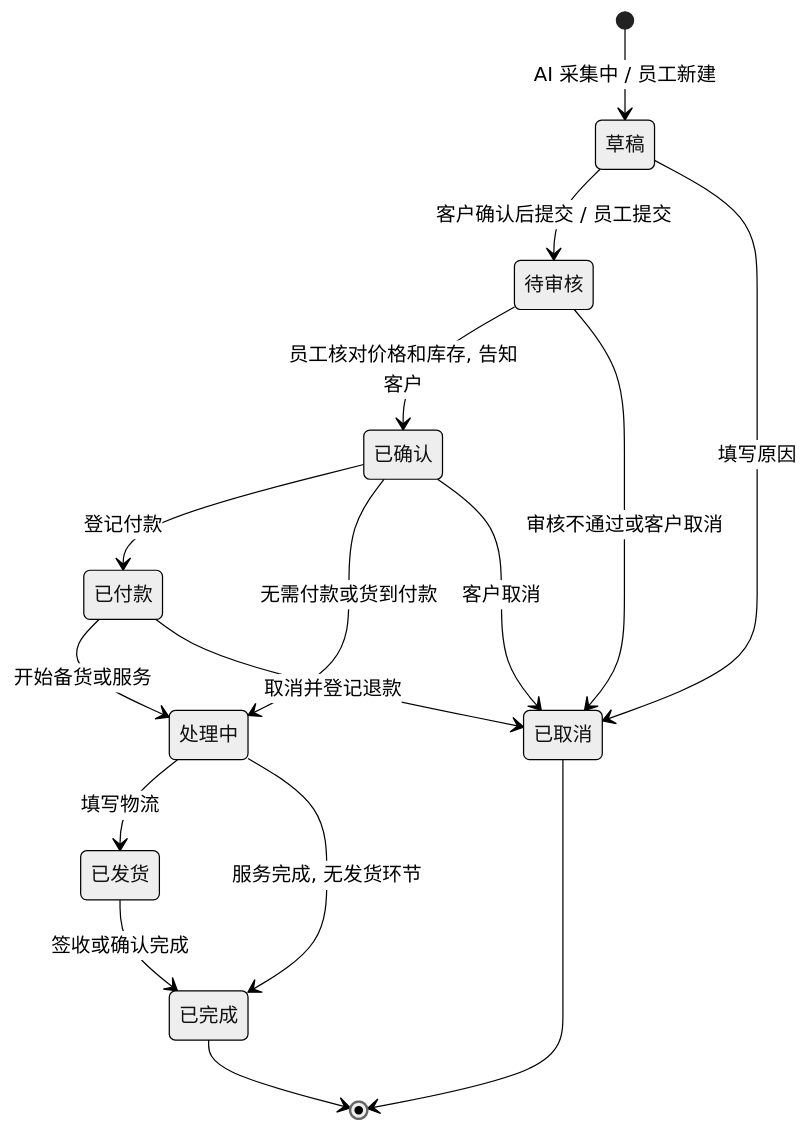
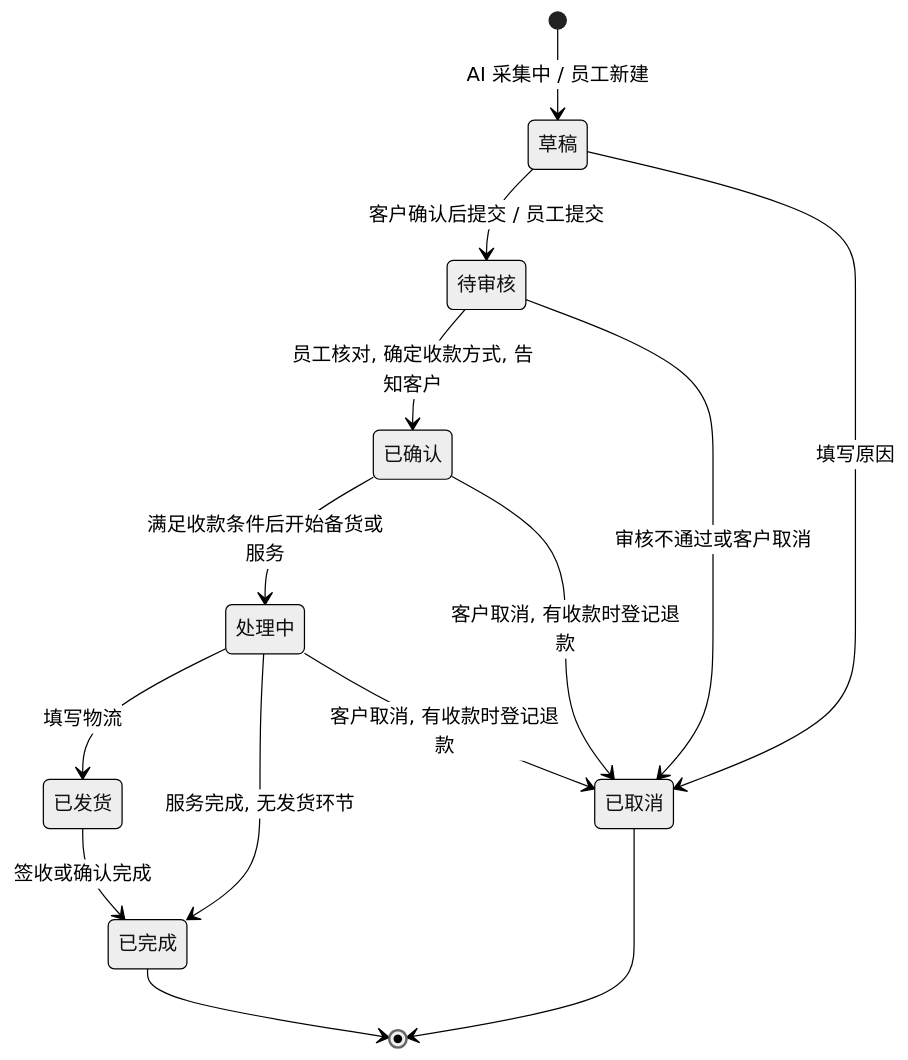
One commit to brianabc121/EnterpriseDigitalPlatform changed diagram 12 of 12 in docs/plans/2026-09-28-enterprise-digital-platform-design.md. Above: the diagram before and after it, drawn with Mermaid (neutral theme). The commit also changed other lines of this file, not shown here.

````diff
--- a/docs/plans/2026-09-28-enterprise-digital-platform-design.md
+++ b/docs/plans/2026-09-28-enterprise-digital-platform-design.md
@@ -1996,26 +2054,23 @@
 ```mermaid
 stateDiagram-v2
   state "草稿" as draft
   state "待审核" as pending_review
   state "已确认" as confirmed
-  state "已付款" as paid
   state "处理中" as fulfilling
   state "已发货" as shipped
   state "已完成" as completed
   state "已取消" as cancelled
   [*] --> draft: AI 采集中 / 员工新建
   draft --> pending_review: 客户确认后提交 / 员工提交
-  pending_review --> confirmed: 员工核对价格和库存, 告知客户
-  confirmed --> paid: 登记付款
-  confirmed --> fulfilling: 无需付款或货到付款
-  paid --> fulfilling: 开始备货或服务
+  pending_review --> confirmed: 员工核对, 确定收款方式, 告知客户
+  confirmed --> fulfilling: 满足收款条件后开始备货或服务
   fulfilling --> shipped: 填写物流
   shipped --> completed: 签收或确认完成
   fulfilling --> completed: 服务完成, 无发货环节
   draft --> cancelled: 填写原因
   pending_review --> cancelled: 审核不通过或客户取消
-  confirmed --> cancelled: 客户取消
-  paid --> cancelled: 取消并登记退款
+  confirmed --> cancelled: 客户取消, 有收款时登记退款
+  fulfilling --> cancelled: 客户取消, 有收款时登记退款
   completed --> [*]
   cancelled --> [*]
 ```
````
